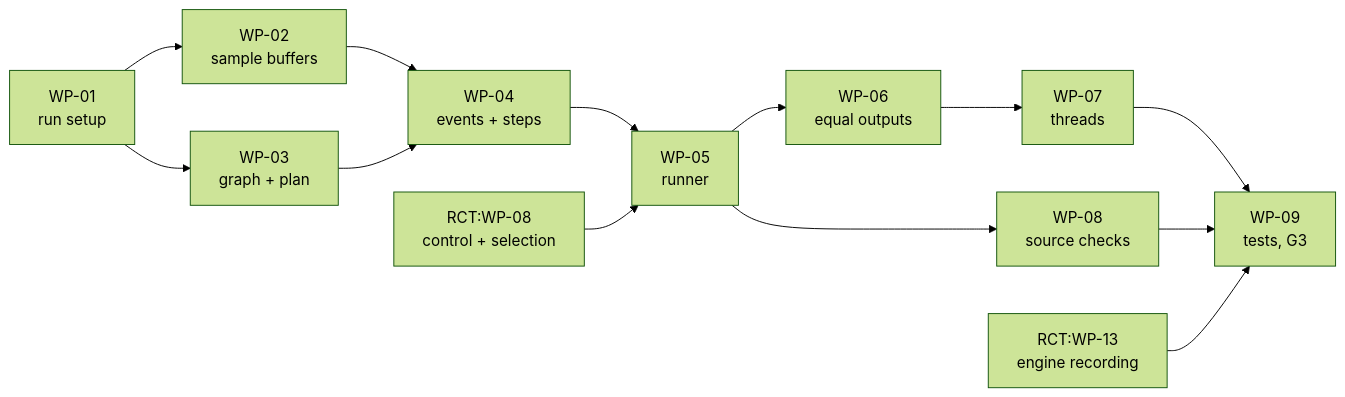
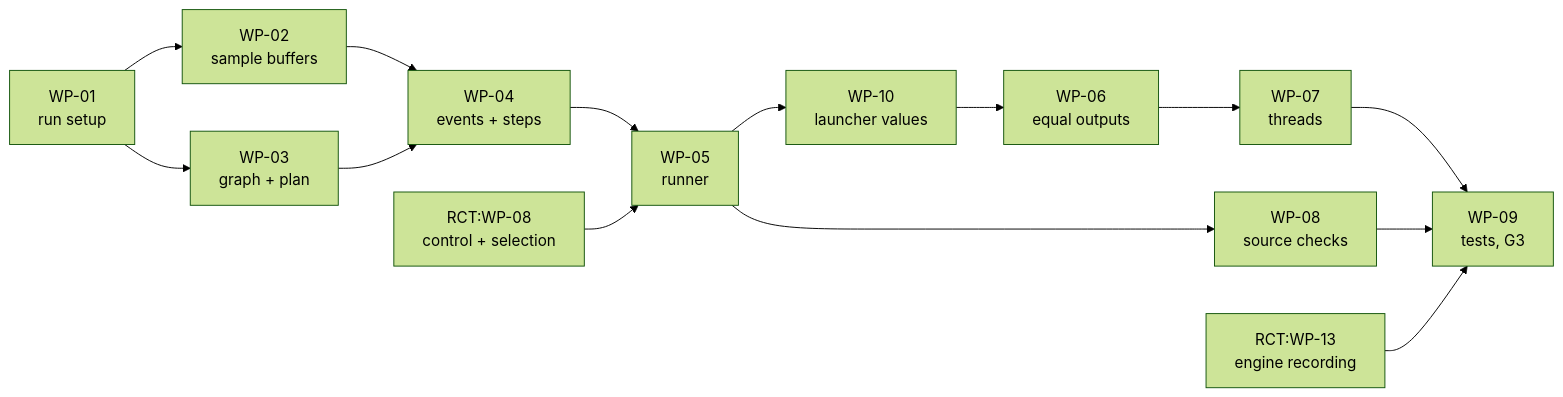
One commit to Pavan-karimajji/vantage changed the diagram in docs/VANTAGE_Implementation_Design.md. Above: the diagram before and after it, drawn with Mermaid (forest theme). The commit also changed other lines of this file and 2 other files, not shown here.

Commit message:
docs(vantage): 8a-R3 -- the launcher reads run-setup values from the run configuration (WP-10, IMP-0052, SYS-0048)

````diff
--- a/docs/VANTAGE_Implementation_Design.md
+++ b/docs/VANTAGE_Implementation_Design.md
@@ -69,15 +72,16 @@
 ```mermaid
 flowchart LR
     WP01["WP-01<br/>run setup"] --> WP02["WP-02<br/>sample buffers"]
     WP01 --> WP03["WP-03<br/>graph + plan"]
     WP02 --> WP04["WP-04<br/>events + steps"]
     WP03 --> WP04
     WP04 --> WP05["WP-05<br/>runner"]
     RCT8["RCT:WP-08<br/>control + selection"] --> WP05
-    WP05 --> WP06["WP-06<br/>equal outputs"]
+    WP05 --> WP10["WP-10<br/>launcher values"]
+    WP10 --> WP06["WP-06<br/>equal outputs"]
     WP06 --> WP07["WP-07<br/>threads"]
     WP05 --> WP08["WP-08<br/>source checks"]
     WP07 --> WP09["WP-09<br/>tests, G3"]
     WP08 --> WP09
     RCT13["RCT:WP-13<br/>engine recording"] --> WP09
 ```
````
